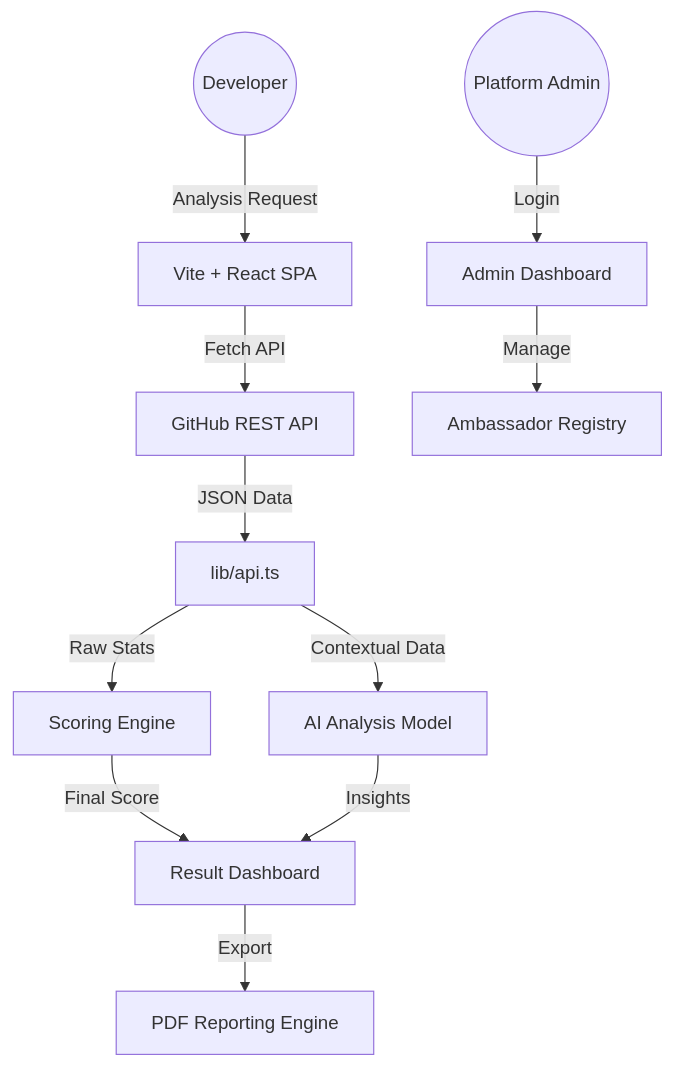
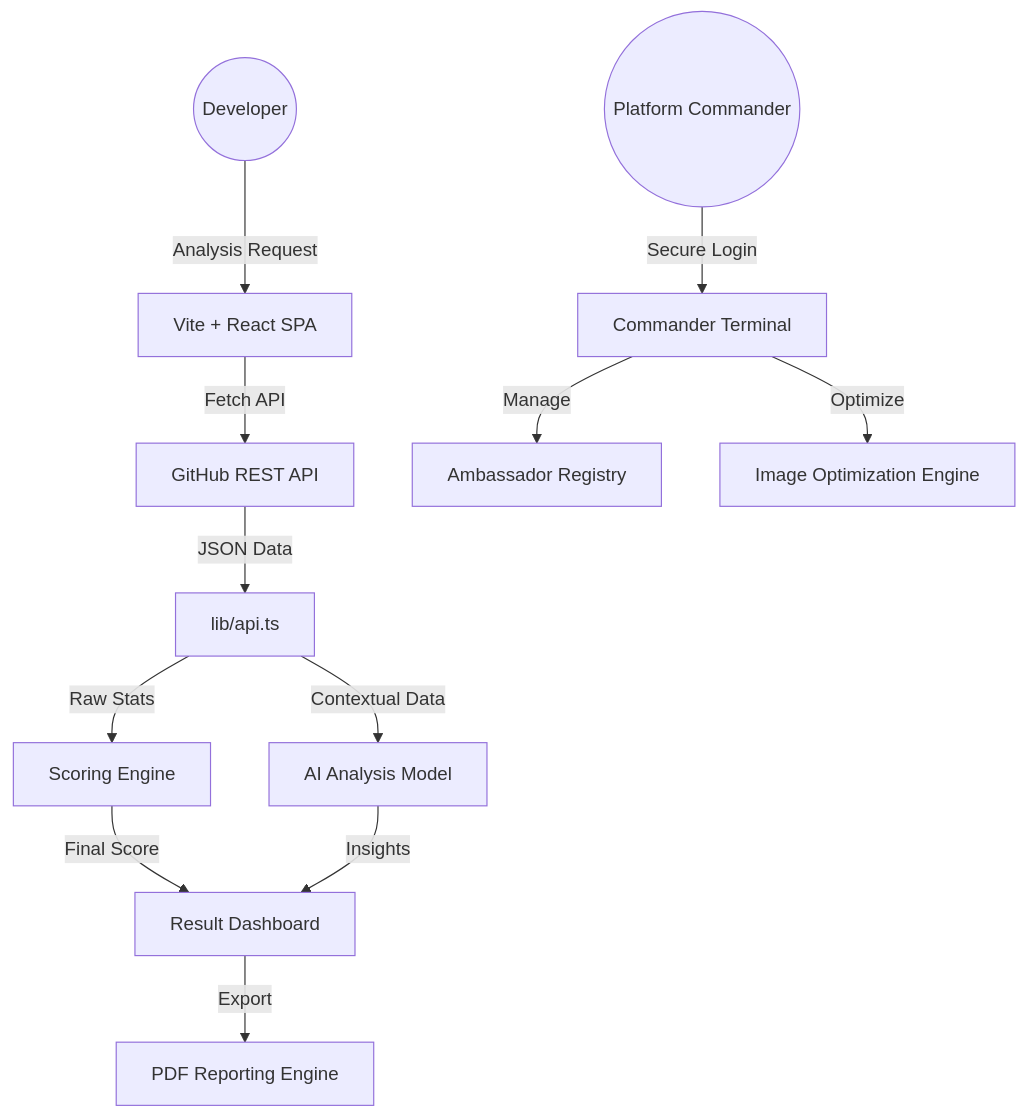
The diagram in ARCHITECTURE.md (KGFCH2/GitInsight-AI), drawn with Mermaid before and after one commit. The commit also changed other lines of this file and 4 other files, not shown here.

````diff
--- a/ARCHITECTURE.md
+++ b/ARCHITECTURE.md
@@ -7,13 +7,14 @@
 ```mermaid
 graph TD
     User((Developer)) -->|Analysis Request| Frontend[Vite + React SPA]
     Frontend -->|Fetch API| GitHubAPI[GitHub REST API]
     GitHubAPI -->|JSON Data| DataProcessor[lib/api.ts]
     DataProcessor -->|Raw Stats| ScoreEngine[Scoring Engine]
     DataProcessor -->|Contextual Data| AI_Model[AI Analysis Model]
     ScoreEngine -->|Final Score| UI[Result Dashboard]
     AI_Model -->|Insights| UI
     UI -->|Export| PDF[PDF Reporting Engine]
-    Admin((Platform Admin)) -->|Login| AdminTerminal[Admin Dashboard]
-    AdminTerminal -->|Manage| Registry[Ambassador Registry]
+    Admin((Platform Commander)) -->|Secure Login| AdminDashboard[Commander Terminal]
+    AdminDashboard -->|Manage| Registry[Ambassador Registry]
+    AdminDashboard -->|Optimize| Compressor[Image Optimization Engine]
 ```
````
